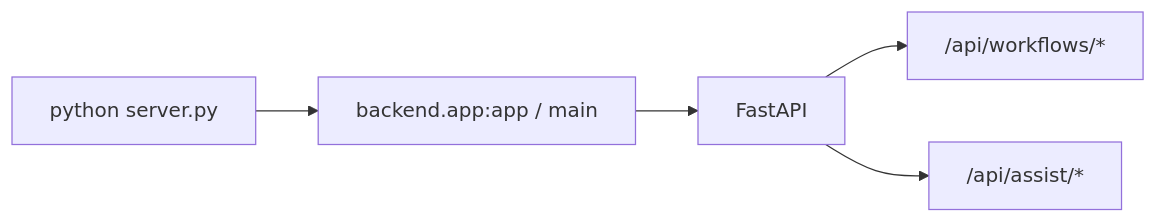
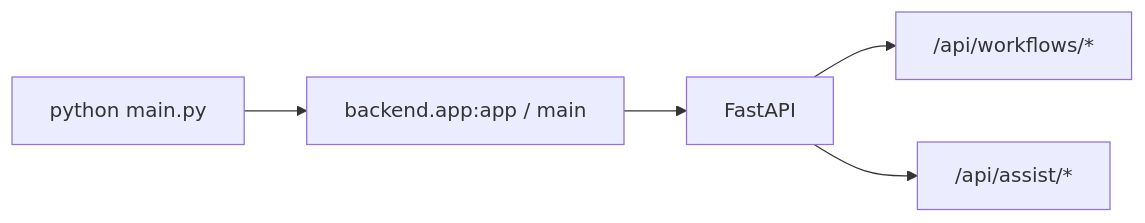
The second of 8 diagrams in docs/technical-development-guide.md (tuisemo/crawler-pipeline-builder), drawn with Mermaid before and after one commit. The commit also changed other lines of this file and 5 other files, not shown here.

Commit message:
refactor: rename server.py to main.py as standard Python entry point

````diff
--- a/docs/technical-development-guide.md
+++ b/docs/technical-development-guide.md
@@ -107,7 +107,7 @@
 ```mermaid
 flowchart LR
-    A["python server.py"] --> B["backend.app:app / main"]
+    A["python main.py"] --> B["backend.app:app / main"]
     B --> C["FastAPI"]
     C --> D["/api/workflows/*"]
     C --> E["/api/assist/*"]
 ```
````
